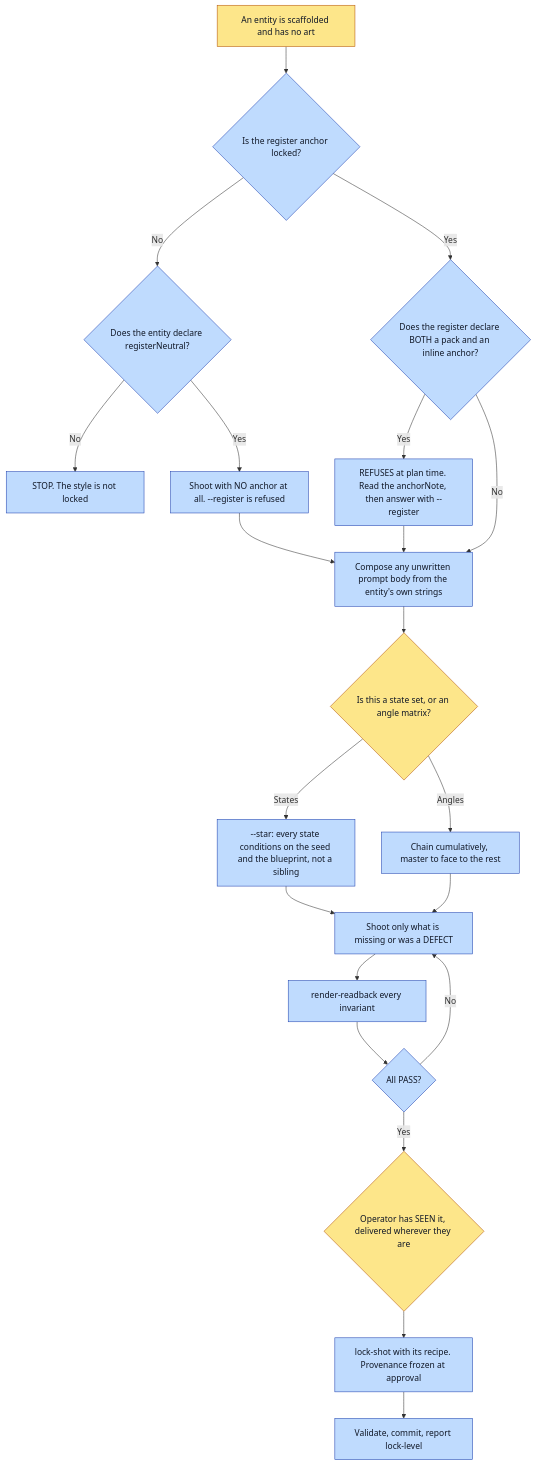
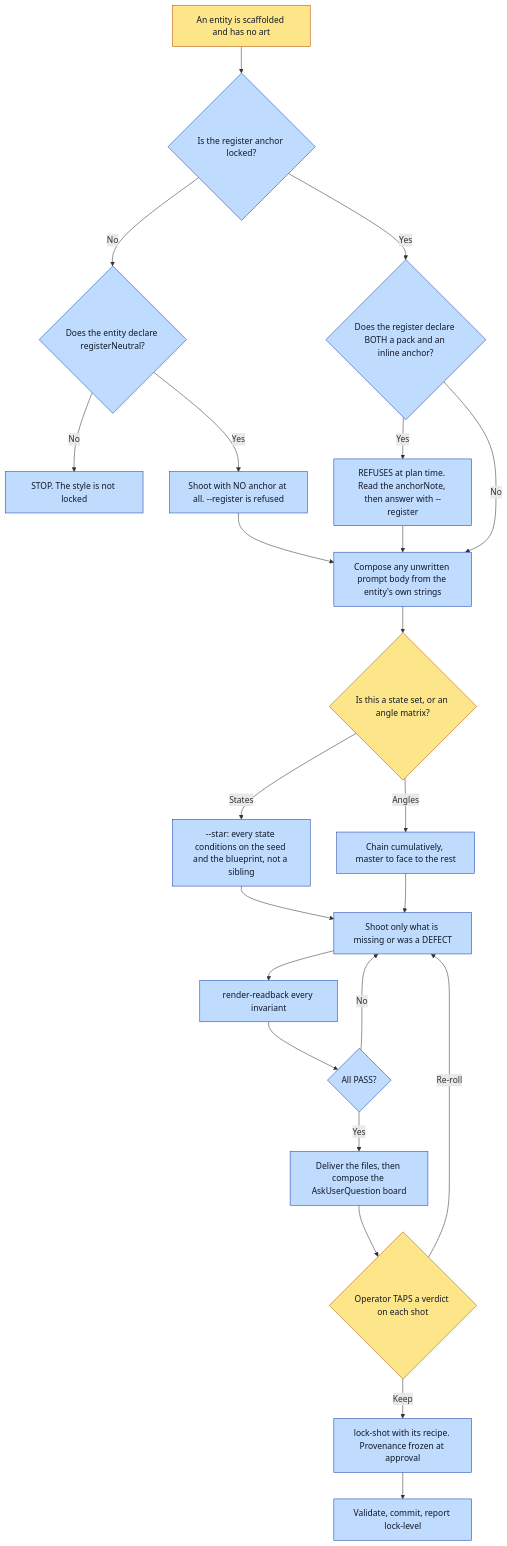
One commit to garysheng/agentic-brand-universe changed the diagram in skills/shoot-references/HDSOP.md. Above: the diagram before and after it, drawn with Mermaid. The commit also changed other lines of this file and 25 other files, not shown here.

````diff
--- a/skills/shoot-references/HDSOP.md
+++ b/skills/shoot-references/HDSOP.md
@@ -76,27 +81,29 @@
 ```mermaid
 flowchart TD
     A[An entity is scaffolded and has no art] --> B{Is the register anchor locked?}
     B -->|No| C{Does the entity declare registerNeutral?}
     C -->|No| D[STOP. The style is not locked]
     C -->|Yes| E[Shoot with NO anchor at all. --register is refused]
     B -->|Yes| F{Does the register declare BOTH a pack and an inline anchor?}
     F -->|Yes| G[REFUSES at plan time. Read the anchorNote, then answer with --register]
     F -->|No| H[Compose any unwritten prompt body from the entity's own strings]
     G --> H
     E --> H
     H --> I{Is this a state set, or an angle matrix?}
     I -->|States| J[--star: every state conditions on the seed and the blueprint, not a sibling]
     I -->|Angles| K[Chain cumulatively, master to face to the rest]
     J --> L[Shoot only what is missing or was a DEFECT]
     K --> L
     L --> M[render-readback every invariant]
     M --> N{All PASS?}
     N -->|No| L
-    N -->|Yes| O{Operator has SEEN it, delivered wherever they are}
-    O --> P[lock-shot with its recipe. Provenance frozen at approval]
+    N -->|Yes| R[Deliver the files, then compose the AskUserQuestion board]
+    R --> O{Operator TAPS a verdict on each shot}
+    O -->|Re-roll| L
+    O -->|Keep| P[lock-shot with its recipe. Provenance frozen at approval]
     P --> Q[Validate, commit, report lock-level]
     classDef human fill:#fde68a,stroke:#b45309,color:#111827;
     classDef agent fill:#bfdbfe,stroke:#1e40af,color:#111827;
     class A,I,O human;
-    class B,C,D,E,F,G,H,J,K,L,M,N,P,Q agent;
+    class B,C,D,E,F,G,H,J,K,L,M,N,P,Q,R agent;
 ```
````
